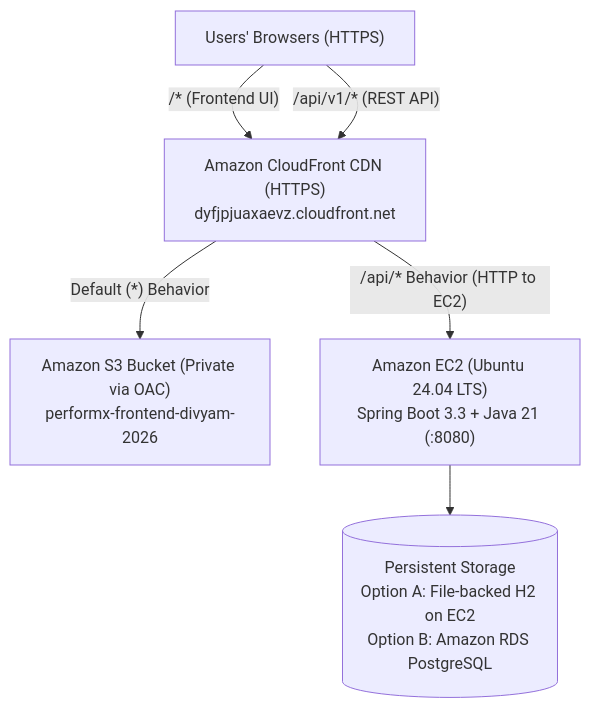
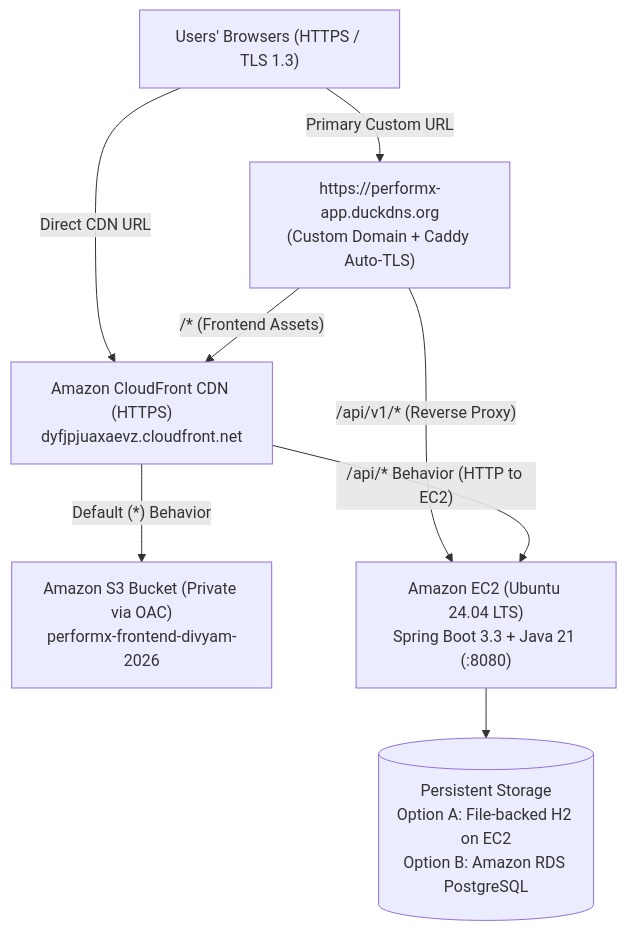
One commit to Twenitrix/PerformX changed the diagram in AWS_DEPLOYMENT_GUIDE.md. Above: the diagram before and after it, drawn with Mermaid. The commit also changed other lines of this file and 1 other file, not shown here.

Commit message:
Docs: Add https://performx-app.duckdns.org live badges, Mermaid cloud topology, and architecture breakdown

````diff
--- a/AWS_DEPLOYMENT_GUIDE.md
+++ b/AWS_DEPLOYMENT_GUIDE.md
@@ -9,14 +10,17 @@
 ```mermaid
 flowchart TD
-    Browser["Users' Browsers (HTTPS)"]
+    Browser["Users' Browsers (HTTPS / TLS 1.3)"]
+    DuckDNS["https://performx-app.duckdns.org<br/>(Custom Domain + Caddy Auto-TLS)"]
     CF["Amazon CloudFront CDN (HTTPS)<br/>dyfjpjuaxaevz.cloudfront.net"]
     S3["Amazon S3 Bucket (Private via OAC)<br/>performx-frontend-divyam-2026"]
     EC2["Amazon EC2 (Ubuntu 24.04 LTS)<br/>Spring Boot 3.3 + Java 21 (:8080)"]
     DB[("Persistent Storage<br/>Option A: File-backed H2 on EC2<br/>Option B: Amazon RDS PostgreSQL")]
 
-    Browser -->|"/* (Frontend UI)"| CF
-    Browser -->|"/api/v1/* (REST API)"| CF
+    Browser -->|"Primary Custom URL"| DuckDNS
+    Browser -->|"Direct CDN URL"| CF
+    DuckDNS -->|"/api/v1/* (Reverse Proxy)"| EC2
+    DuckDNS -->|"/* (Frontend Assets)"| CF
     CF -->|"Default (*) Behavior"| S3
     CF -->|"/api/* Behavior (HTTP to EC2)"| EC2
     EC2 --> DB
 ```
````
